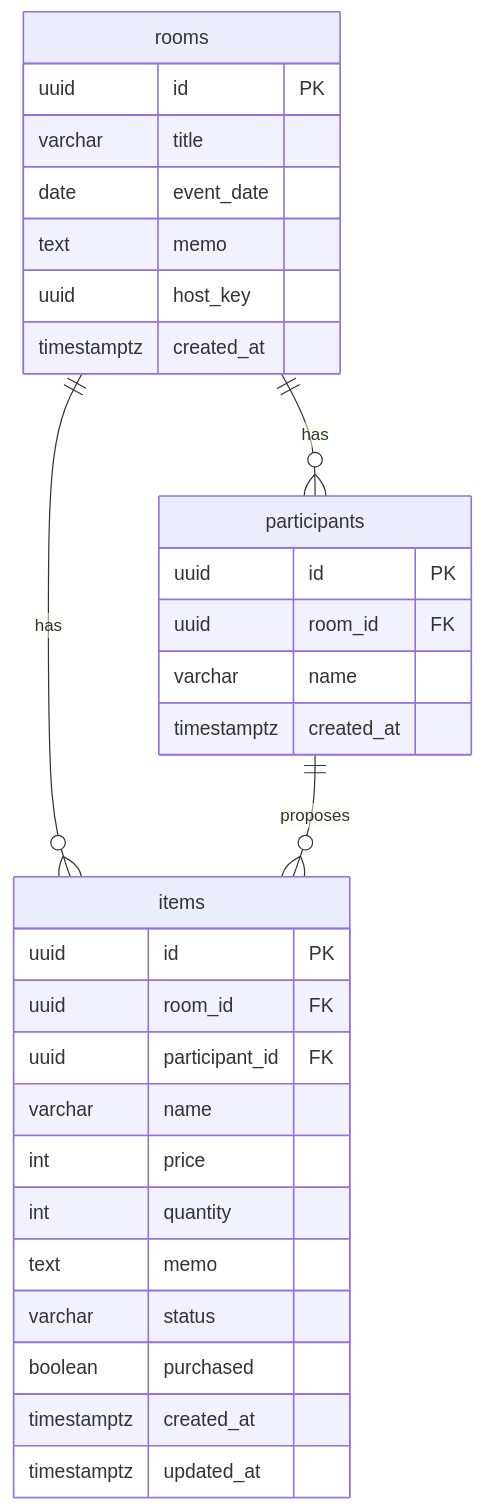
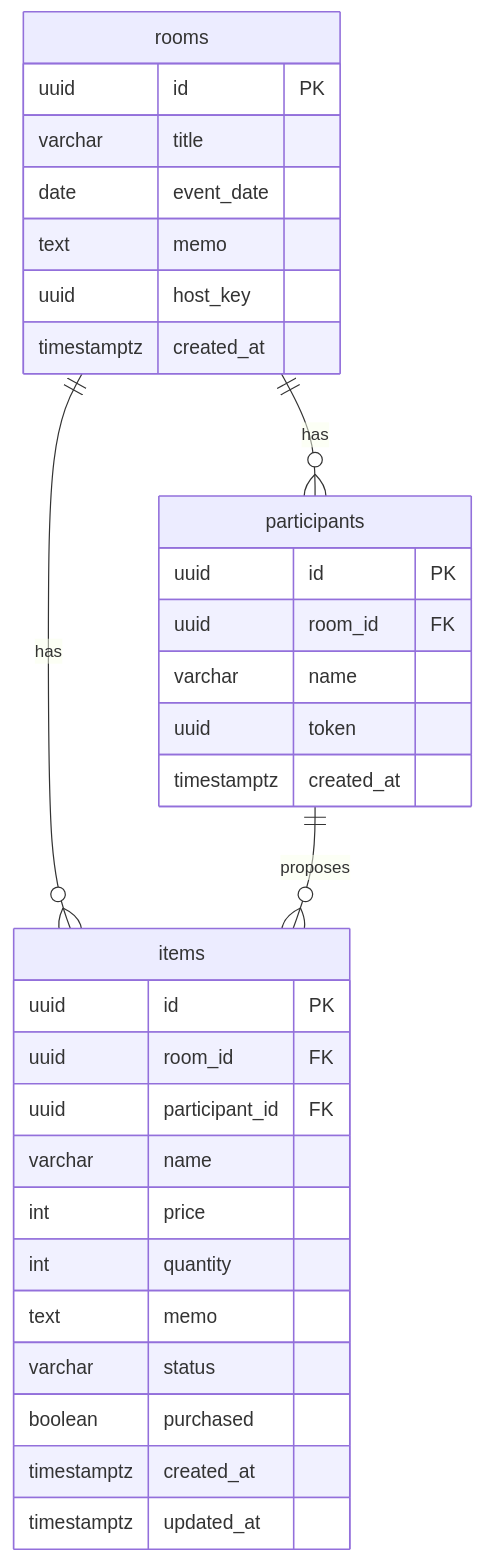
Before and after one commit to sisicity4/OrderRoom: the diagram in docs/DB_API設計書.md, drawn with Mermaid. The commit also changed other lines of this file, not shown here.

````diff
--- a/docs/DB_API設計書.md
+++ b/docs/DB_API設計書.md
@@ -27,34 +29,35 @@
 ```mermaid
 erDiagram
     rooms ||--o{ participants : has
     rooms ||--o{ items : has
     participants ||--o{ items : proposes
 
     rooms {
         uuid id PK
         varchar title
         date event_date
         text memo
         uuid host_key
         timestamptz created_at
     }
     participants {
         uuid id PK
         uuid room_id FK
         varchar name
+        uuid token
         timestamptz created_at
     }
     items {
         uuid id PK
         uuid room_id FK
         uuid participant_id FK
         varchar name
         int price
         int quantity
         text memo
         varchar status
         boolean purchased
         timestamptz created_at
         timestamptz updated_at
     }
 ```
````
